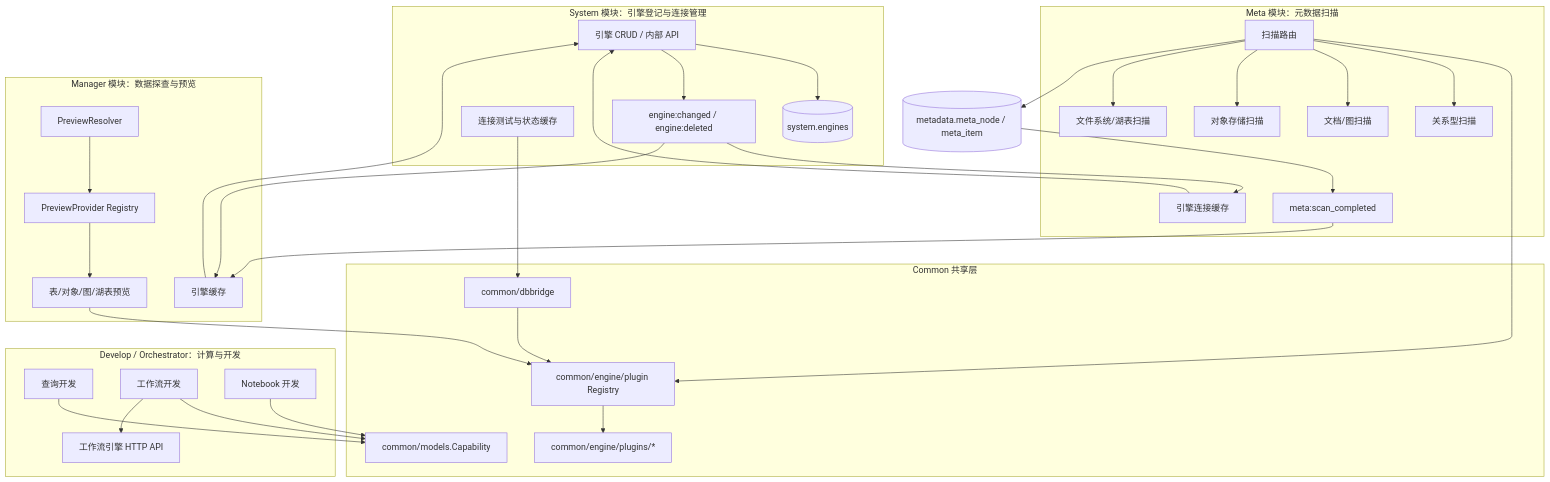
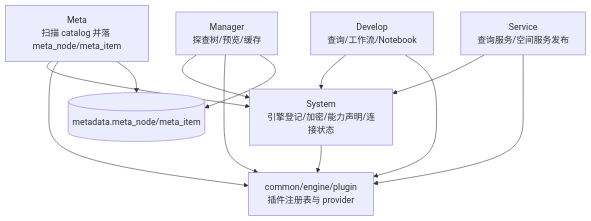
Before and after one commit to pampa0629/addp: the first of 2 diagrams in docs/concepts/addp引擎体系图.md, drawn with Mermaid. The commit also changed other lines of this file and 45 other files, not shown here.

````diff
--- a/docs/concepts/addp引擎体系图.md
+++ b/docs/concepts/addp引擎体系图.md
@@ -52,69 +21,23 @@
 ```mermaid
 graph TB
-    subgraph System["System 模块：引擎登记与连接管理"]
-        EngineTable[(system.engines)]
-        EngineAPI[引擎 CRUD / 内部 API]
-        ConnTest[连接测试与状态缓存]
-        EngineEvents[engine:changed / engine:deleted]
-    end
+    System[System<br/>引擎登记/加密/能力声明/连接状态]
+    Common[common/engine/plugin<br/>插件注册表与 provider]
+    Meta[Meta<br/>扫描 catalog 并落 meta_node/meta_item]
+    Manager[Manager<br/>探查树/预览/缓存]
+    Develop[Develop<br/>查询/工作流/Notebook]
+    Service[Service<br/>查询服务/空间服务发布]
 
-    subgraph Common["Common 共享层"]
-        DBBridge[common/dbbridge]
-        PluginRegistry[common/engine/plugin Registry]
-        Plugins[common/engine/plugins/*]
-        CapModel[common/models.Capability]
-    end
+    System --> Common
+    Meta --> System
+    Manager --> System
+    Develop --> System
+    Service --> System
 
-    subgraph Meta["Meta 模块：元数据扫描"]
-        MetaEngineCache[引擎连接缓存]
-        ScanRouter[扫描路由]
-        RelScan[关系型扫描]
-        NoSQLScan[文档/图扫描]
-        ObjectScan[对象存储扫描]
-        FSScan[文件系统/湖表扫描]
-        ScanEvents[meta:scan_completed]
-    end
+    Meta --> Common
+    Manager --> Common
+    Develop --> Common
+    Service --> Common
 
-    subgraph Manager["Manager 模块：数据探查与预览"]
-        PreviewResolver[PreviewResolver]
-        PreviewRegistry[PreviewProvider Registry]
-        DataPreview[表/对象/图/湖表预览]
-        ManagerCache[引擎缓存]
-    end
-
-    subgraph Develop["Develop / Orchestrator：计算与开发"]
-        QueryWorkbench[查询开发]
-        WorkflowEditor[工作流开发]
-        NotebookDev[Notebook 开发]
-        ComputeRuntime[工作流引擎 HTTP API]
-    end
-
-    EngineAPI --> EngineTable
-    ConnTest --> DBBridge
-    DBBridge --> PluginRegistry
-    PluginRegistry --> Plugins
-    EngineAPI --> EngineEvents
-
-    MetaEngineCache --> EngineAPI
-    EngineEvents --> MetaEngineCache
-    ScanRouter --> PluginRegistry
-    ScanRouter --> RelScan
-    ScanRouter --> NoSQLScan
-    ScanRouter --> ObjectScan
-    ScanRouter --> FSScan
-    MetaStore[(metadata.meta_node / meta_item)]
-    ScanRouter --> MetaStore
-    MetaStore --> ScanEvents
-
-    ManagerCache --> EngineAPI
-    EngineEvents --> ManagerCache
-    PreviewResolver --> PreviewRegistry
-    PreviewRegistry --> DataPreview
-    DataPreview --> PluginRegistry
-    ScanEvents --> ManagerCache
-
-    QueryWorkbench --> CapModel
-    WorkflowEditor --> CapModel
-    NotebookDev --> CapModel
-    WorkflowEditor --> ComputeRuntime
+    Meta --> MetaStore[(metadata.meta_node/meta_item)]
+    Manager --> MetaStore
 ```
````
